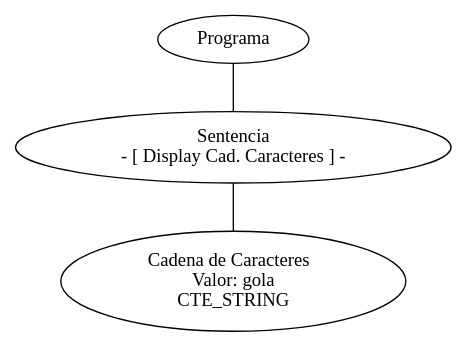
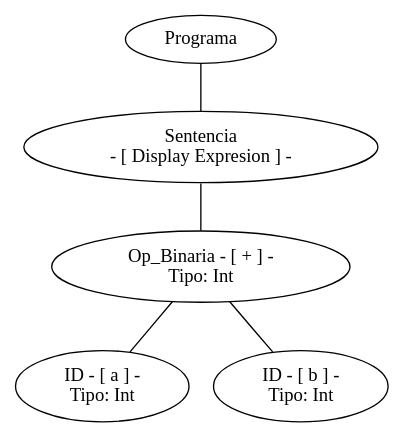
The diagram in arbol.dot (SantiPerez17/Compiladores), drawn with Graphviz before and after one commit. The commit also changed 27 other files, not shown here.

```diff
--- a/arbol.dot
+++ b/arbol.dot
@@ -1,9 +1,14 @@
 graph G {nodo_programa[label="Programa"]
 nodo_813239062[label="Sentencia
- - [ Display Cad. Caracteres ] -"]
+ - [ Display Expresion ] -"]
 nodo_programa--nodo_813239062
-nodo_1777485983[label="Cadena de Caracteres  
- Valor: gola 
-CTE_STRING"]
-nodo_813239062--nodo_1777485983
+nodo_1815674630[label=" Op_Binaria - [ + ] - 
+ Tipo: Int"]
+nodo_813239062--nodo_1815674630
+nodo_1775156878[label=" ID - [ a ] - 
+ Tipo: Int"]
+nodo_1815674630--nodo_1775156878
+nodo_1335105062[label=" ID - [ b ] - 
+ Tipo: Int"]
+nodo_1815674630--nodo_1335105062
 }
```
